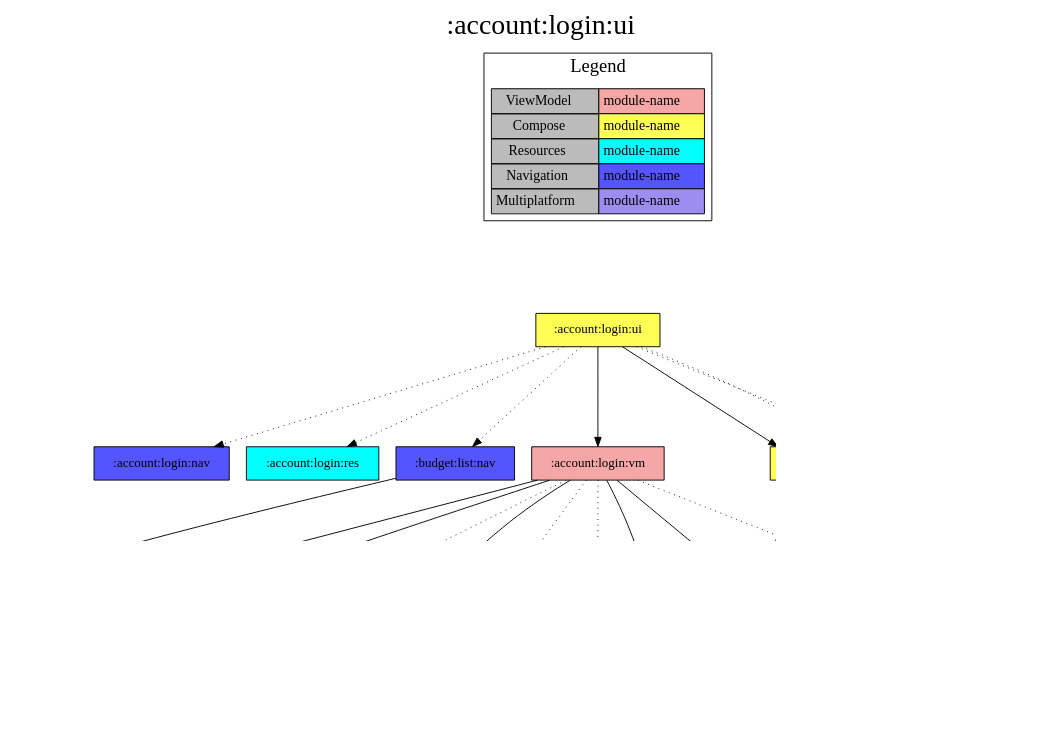
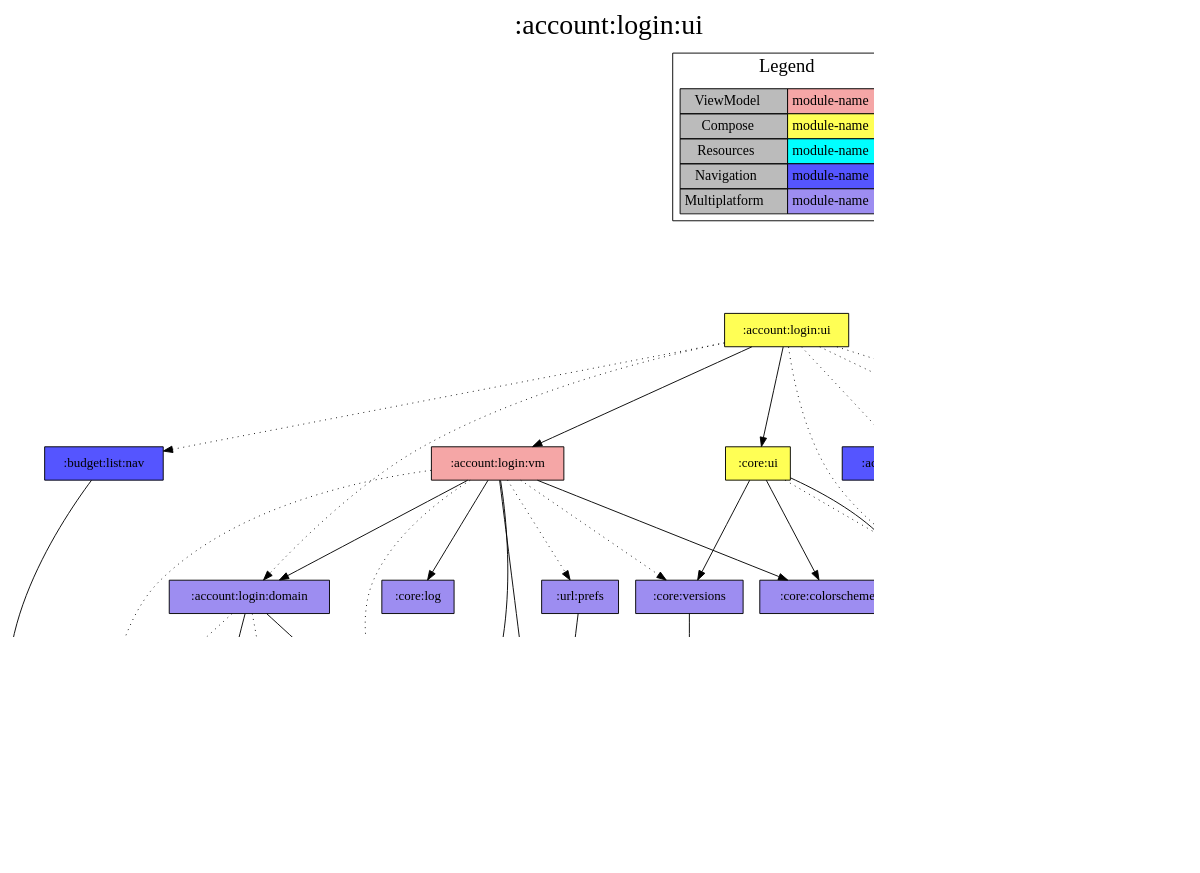
One commit to jonapoul/aktual changed the diagram in modules/account/login/ui/project-dependency-graph.dot. Above: the diagram before and after it, drawn with Graphviz. The commit also changed 81 other files, not shown here.

```diff
--- a/modules/account/login/ui/project-dependency-graph.dot
+++ b/modules/account/login/ui/project-dependency-graph.dot
@@ -1,66 +1,72 @@
 digraph {
 edge ["dir"="forward"]
 graph ["dpi"="100","label"=":account:login:ui","labelloc"="t","fontsize"="30","ranksep"="1.5","rankdir"="TB"]
 node ["style"="filled"]
+":account:login:domain" ["fillcolor"="#9D8DF1","shape"="box"]
 ":account:login:nav" ["fillcolor"="#5555FF","shape"="box"]
 ":account:login:prefs" ["fillcolor"="#9D8DF1","shape"="box"]
 ":account:login:res" ["fillcolor"="#00FFFF","shape"="box"]
 ":account:login:ui" ["fillcolor"="#FFFF55","shape"="box"]
 ":account:login:vm" ["fillcolor"="#F5A6A6","shape"="box"]
 ":account:model" ["fillcolor"="#9D8DF1","shape"="box"]
 ":api:actual" ["fillcolor"="#9D8DF1","shape"="box"]
 ":budget:list:nav" ["fillcolor"="#5555FF","shape"="box"]
 ":core:buildconfig" ["fillcolor"="#9D8DF1","shape"="box"]
 ":core:colorscheme" ["fillcolor"="#9D8DF1","shape"="box"]
 ":core:coroutines" ["fillcolor"="#9D8DF1","shape"="box"]
 ":core:log" ["fillcolor"="#9D8DF1","shape"="box"]
 ":core:res" ["fillcolor"="#00FFFF","shape"="box"]
 ":core:ui" ["fillcolor"="#FFFF55","shape"="box"]
 ":core:versions" ["fillcolor"="#9D8DF1","shape"="box"]
 ":url:model" ["fillcolor"="#9D8DF1","shape"="box"]
 ":url:nav" ["fillcolor"="#5555FF","shape"="box"]
 ":url:prefs" ["fillcolor"="#9D8DF1","shape"="box"]
 {
 edge ["dir"="none"]
 graph ["rank"="same"]
 }
+":account:login:domain" -> ":account:login:prefs" ["style"="dotted"]
+":account:login:domain" -> ":account:model"
+":account:login:domain" -> ":api:actual" ["style"="dotted"]
+":account:login:domain" -> ":core:coroutines"
 ":account:login:prefs" -> ":account:model"
+":account:login:ui" -> ":account:login:domain" ["style"="dotted"]
 ":account:login:ui" -> ":account:login:nav" ["style"="dotted"]
 ":account:login:ui" -> ":account:login:res" ["style"="dotted"]
 ":account:login:ui" -> ":account:login:vm"
 ":account:login:ui" -> ":budget:list:nav" ["style"="dotted"]
 ":account:login:ui" -> ":core:res" ["style"="dotted"]
 ":account:login:ui" -> ":core:ui"
 ":account:login:ui" -> ":url:nav" ["style"="dotted"]
+":account:login:vm" -> ":account:login:domain"
 ":account:login:vm" -> ":account:login:prefs" ["style"="dotted"]
 ":account:login:vm" -> ":account:model"
-":account:login:vm" -> ":api:actual" ["style"="dotted"]
 ":account:login:vm" -> ":core:colorscheme"
-":account:login:vm" -> ":core:coroutines"
+":account:login:vm" -> ":core:coroutines" ["style"="dotted"]
 ":account:login:vm" -> ":core:log"
 ":account:login:vm" -> ":core:versions" ["style"="dotted"]
 ":account:login:vm" -> ":url:model"
 ":account:login:vm" -> ":url:prefs" ["style"="dotted"]
 ":api:actual" -> ":account:model"
 ":api:actual" -> ":url:model"
 ":budget:list:nav" -> ":account:model"
 ":core:ui" -> ":core:colorscheme"
 ":core:ui" -> ":core:res" ["style"="dotted"]
 ":core:ui" -> ":core:versions"
 ":core:ui" -> ":url:model"
 ":core:versions" -> ":core:buildconfig"
 ":url:prefs" -> ":url:model"
 subgraph "cluster_legend" {
 edge ["dir"="none"]
 graph ["label"="Legend","fontsize"="20"]
 "Legend" ["style"="filled","fillcolor"="#bbbbbb","shape"="none","margin"="0","fontsize"="15","label"=<
 <TABLE BORDER="0" CELLBORDER="1" CELLSPACING="0" CELLPADDING="4">
 <TR><TD>ViewModel</TD><TD BGCOLOR="#F5A6A6">module-name</TD></TR>
 <TR><TD>Compose</TD><TD BGCOLOR="#FFFF55">module-name</TD></TR>
 <TR><TD>Resources</TD><TD BGCOLOR="#00FFFF">module-name</TD></TR>
 <TR><TD>Navigation</TD><TD BGCOLOR="#5555FF">module-name</TD></TR>
 <TR><TD>Multiplatform</TD><TD BGCOLOR="#9D8DF1">module-name</TD></TR>
 </TABLE>
 >]
 } -> ":account:login:ui" ["style"="invis"]
 }
```
